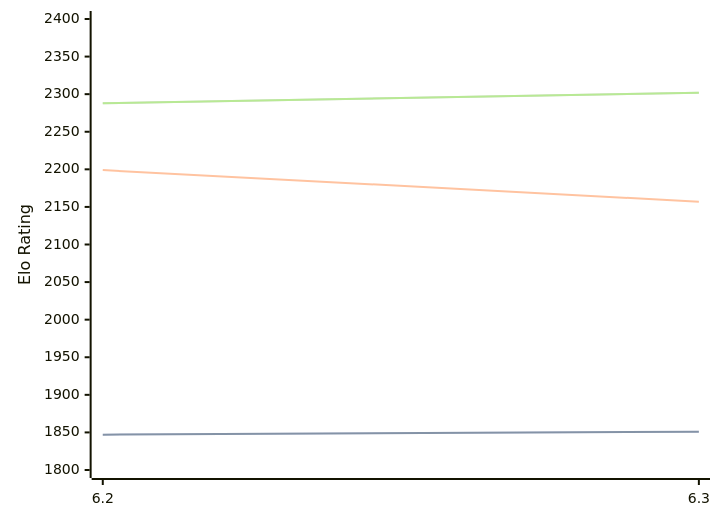
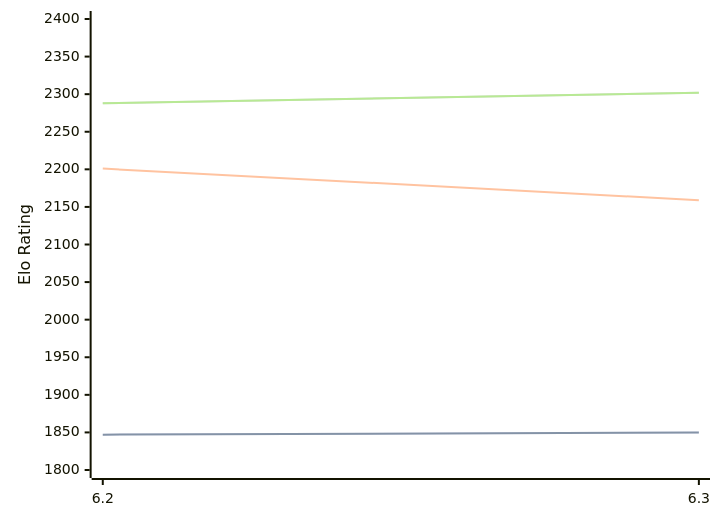
One commit to computer-chess-index/cci changed the first of 3 diagrams in engines/chess4j.md. Above: the diagram before and after it, drawn with Mermaid. The commit also changed other lines of this file, not shown here.

````diff
--- a/engines/chess4j.md
+++ b/engines/chess4j.md
@@ -38,11 +38,11 @@
 ```mermaid
 %%{init: {"theme":"base","themeVariables":{"seriesColors:['#a3a3a3','#222221','#faa371']}}}%%
 xychart-beta
   x-axis ["6.2", "6.3"]
   y-axis "Elo Rating" 1800 --> 2400
-  line "STC (8.0+0.08s)" [1847, 1851]
-  line "STC (8.0+0.08s)" [1847, 1851]
-  line "LTC (60.0+0.60s)" [2199, 2157]
+  line "STC (8.0+0.08s)" [1847, 1850]
+  line "STC (8.0+0.08s)" [1847, 1850]
+  line "LTC (60.0+0.60s)" [2201, 2159]
   line "VLTC (2m24s+1.12s)" [2288, 2302]
   line "VLTC (2m24s+1.12s)" [2288, 2302]
 ```
````
